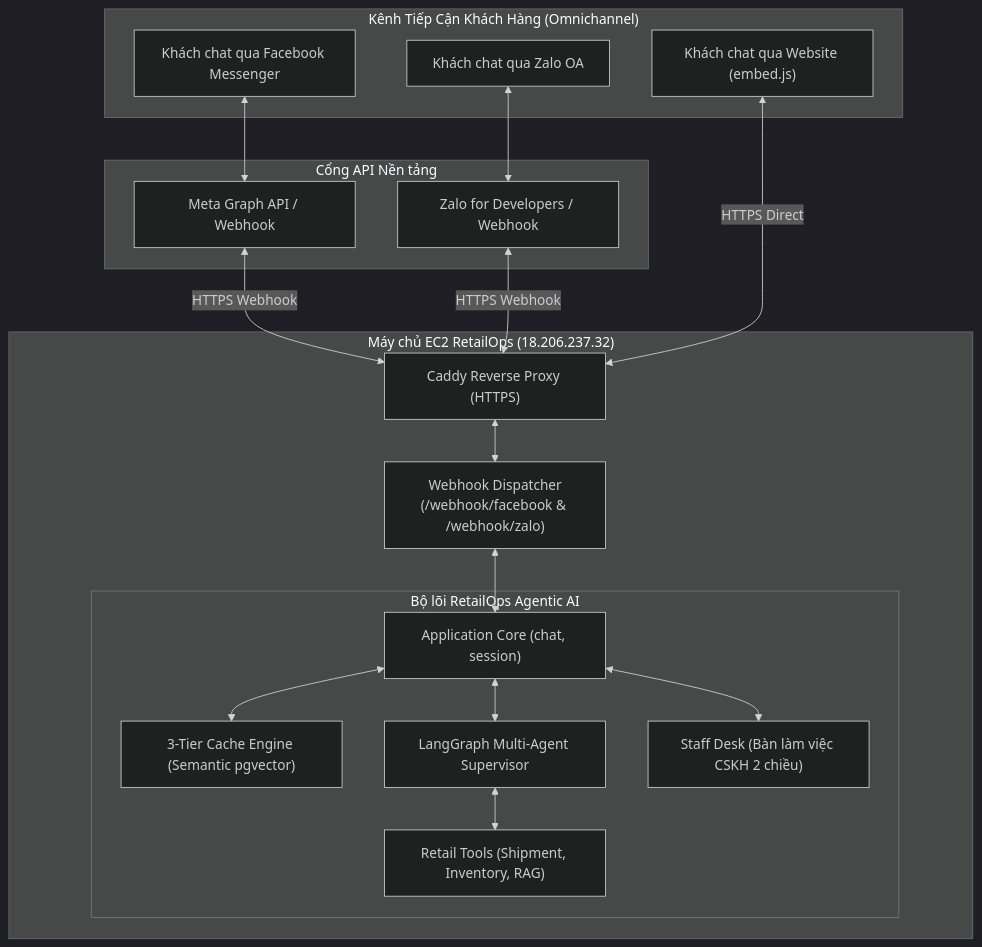
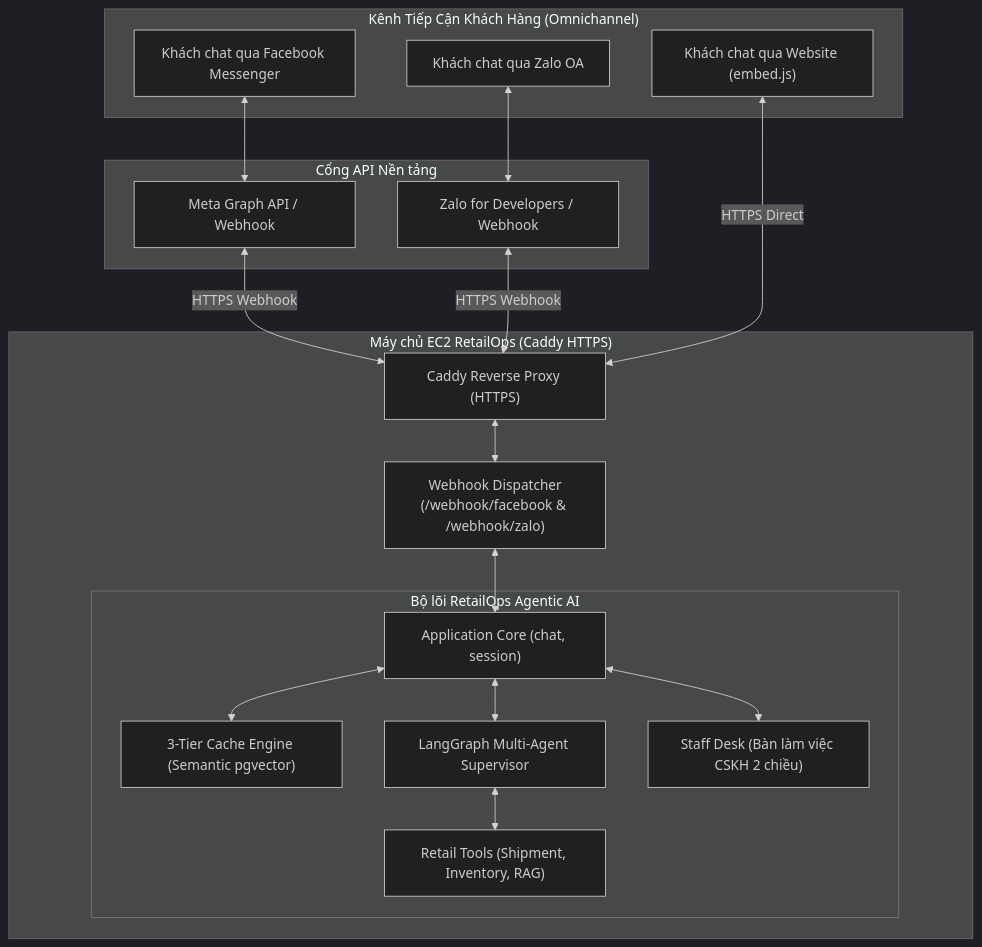
One commit to tuteemovaixlong/CSKH_ban_le changed the diagram in docs/PLAN_OMNICHANNEL_INTEGRATION.md. Above: the diagram before and after it, drawn with Mermaid (dark theme). The commit also changed other lines of this file and 22 other files, not shown here.

````diff
--- a/docs/PLAN_OMNICHANNEL_INTEGRATION.md
+++ b/docs/PLAN_OMNICHANNEL_INTEGRATION.md
@@ -36,39 +37,39 @@
 ```mermaid
 flowchart TD
     subgraph Users ["Kênh Tiếp Cận Khách Hàng (Omnichannel)"]
         UserFB["Khách chat qua Facebook Messenger"]
         UserZalo["Khách chat qua Zalo OA"]
         UserWeb["Khách chat qua Website (embed.js)"]
     end
 
     subgraph Gateways ["Cổng API Nền tảng"]
         MetaAPI["Meta Graph API / Webhook"]
         ZaloAPI["Zalo for Developers / Webhook"]
     end
 
-    subgraph EC2Server ["Máy chủ EC2 RetailOps (18.206.237.32)"]
+    subgraph EC2Server ["Máy chủ EC2 RetailOps (Caddy HTTPS)"]
         Caddy["Caddy Reverse Proxy (HTTPS)"]
         WebhookRouter["Webhook Dispatcher\n(/webhook/facebook & /webhook/zalo)"]
         
         subgraph RetailOpsCore ["Bộ lõi RetailOps Agentic AI"]
             App["Application Core (chat, session)"]
             Cache["3-Tier Cache Engine (Semantic pgvector)"]
             LangGraph["LangGraph Multi-Agent Supervisor"]
             Tools["Retail Tools (Shipment, Inventory, RAG)"]
             StaffDesk["Staff Desk (Bàn làm việc CSKH 2 chiều)"]
         end
     end
 
     UserFB <--> MetaAPI
     UserZalo <--> ZaloAPI
     MetaAPI <-->|HTTPS Webhook| Caddy
     ZaloAPI <-->|HTTPS Webhook| Caddy
     UserWeb <-->|HTTPS Direct| Caddy
 
     Caddy <--> WebhookRouter
     WebhookRouter <--> App
     App <--> Cache
     App <--> LangGraph
     LangGraph <--> Tools
     App <--> StaffDesk
 ```
````
